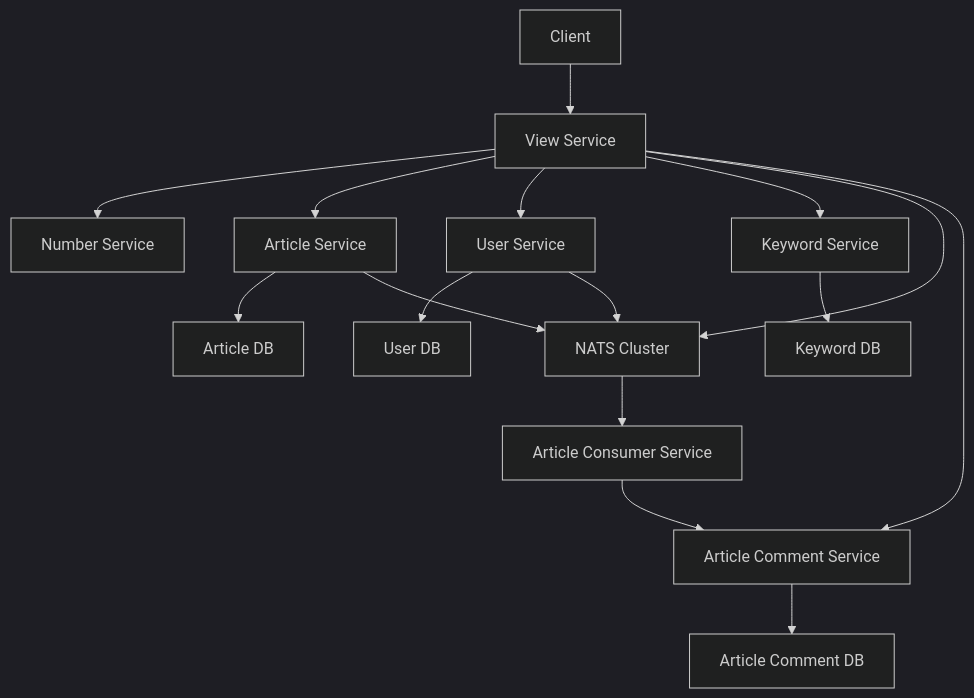
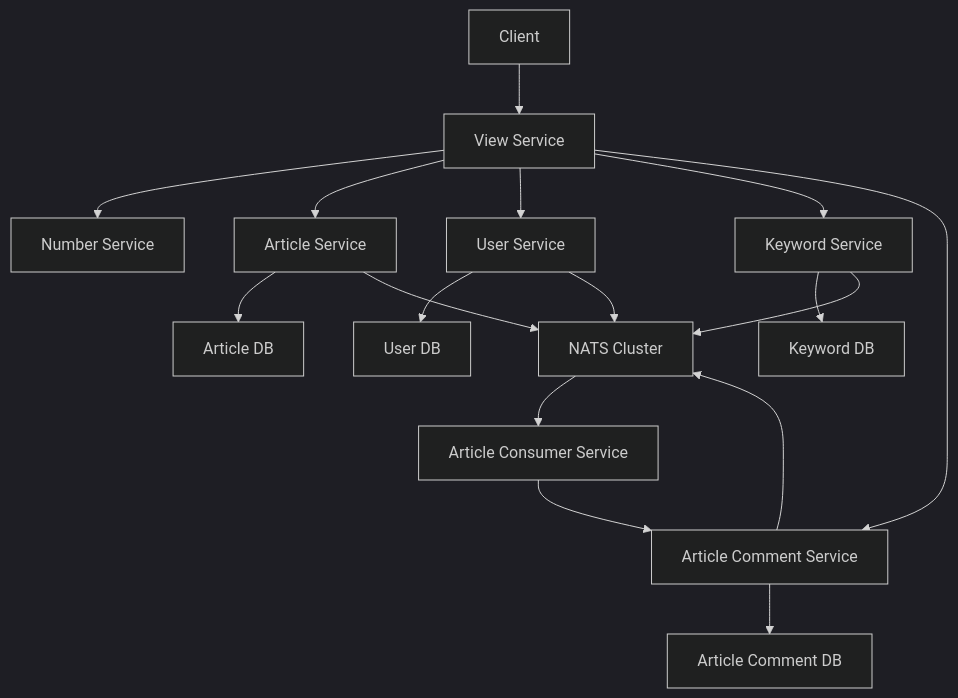
One commit to leonsteinhaeuser/example-app changed the diagram in README.md. Above: the diagram before and after it, drawn with Mermaid (dark theme).

Commit message:
docs(README): fixed graph traffic connections

````diff
--- a/README.md
+++ b/README.md
@@ -5,25 +5,26 @@
 ```mermaid
 graph TD
   A[Client] --> B[View Service]
   NATS[NATS Cluster]
 
   B --> C[Number Service]
 
   B --> D[Article Service]
   D --> D1[Article DB]
   D --> NATS
 
   B --> E[User Service]
   E --> E1[User DB]
   E --> NATS
 
   B --> F[Keyword Service]
   F --> F1[Keyword DB]
-  B --> NATS
+  F --> NATS
 
   B --> G[Article Comment Service]
   G --> G1[Article Comment DB]
+  G --> NATS
 
   NATS --> H[Article Consumer Service]
   H --> G
 ```
````
